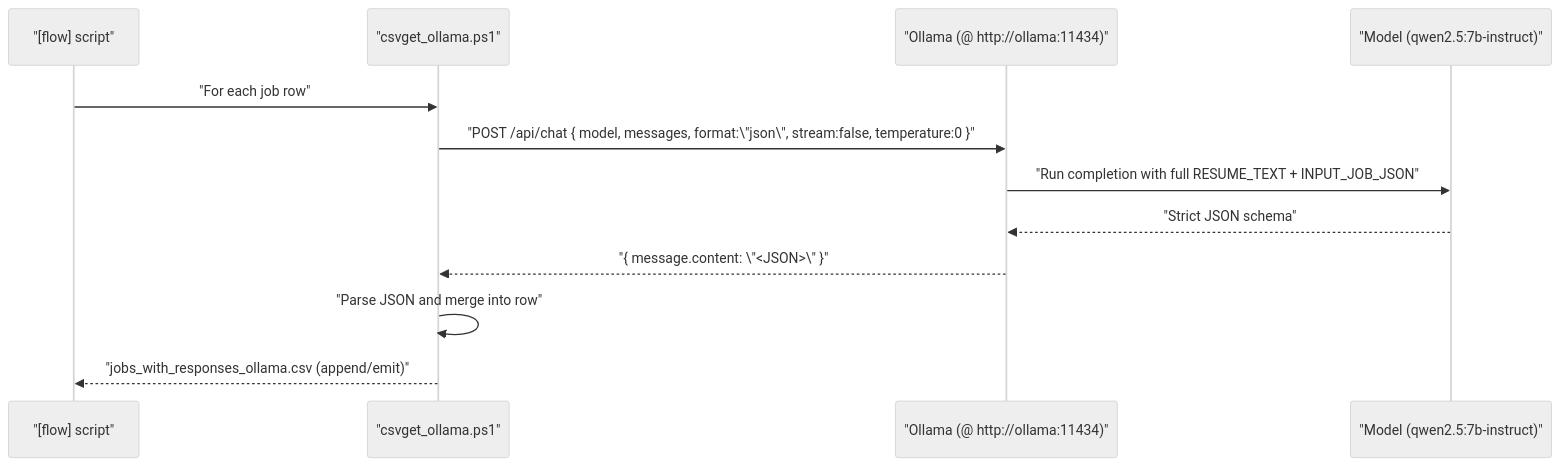
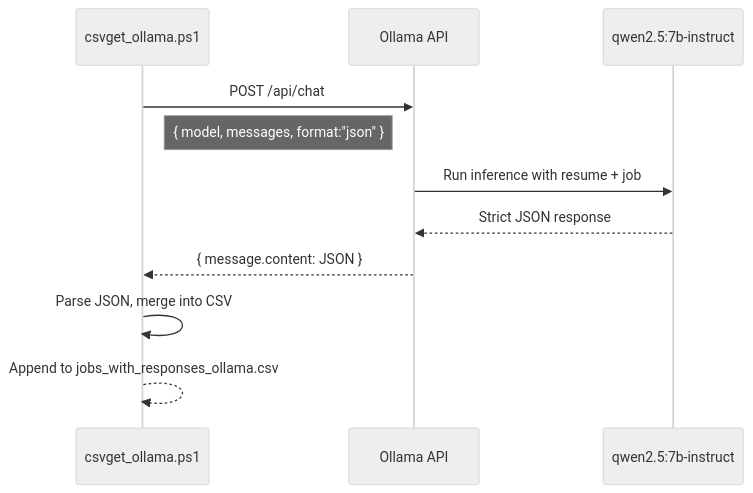
One commit to drjp81/jobanalyzer changed the fourth of 4 diagrams in README.md. Above: the diagram before and after it, drawn with Mermaid (neutral theme). The commit also changed other lines of this file and 18 other files, not shown here.

````diff
--- a/README.md
+++ b/README.md
@@ -149,15 +195,14 @@
 ```mermaid
 sequenceDiagram
-  participant Flow as "[flow] script"
-  participant Gen as "csvget_ollama.ps1"
-  participant O as "Ollama (@ http://ollama:11434)"
-  participant M as "Model (qwen2.5:7b-instruct)"
+  participant Script as csvget_ollama.ps1
+  participant Ollama as Ollama API
+  participant Model as qwen2.5:7b-instruct
 
-  Flow->>Gen: "For each job row"
-  Gen->>O: "POST /api/chat { model, messages, format:\"json\", stream:false, temperature:0 }"
-  O->>M: "Run completion with full RESUME_TEXT + INPUT_JOB_JSON"
-  M-->>O: "Strict JSON schema"
-  O-->>Gen: "{ message.content: \"<JSON>\" }"
-  Gen->>Gen: "Parse JSON and merge into row"
-  Gen-->>Flow: "jobs_with_responses_ollama.csv (append/emit)"
-  ```
+  Script->>Ollama: POST /api/chat
+  Note right of Script: { model, messages, format:"json" }
+  Ollama->>Model: Run inference with resume + job
+  Model-->>Ollama: Strict JSON response
+  Ollama-->>Script: { message.content: JSON }
+  Script->>Script: Parse JSON, merge into CSV
+  Script-->>Script: Append to jobs_with_responses_ollama.csv
+```
````
